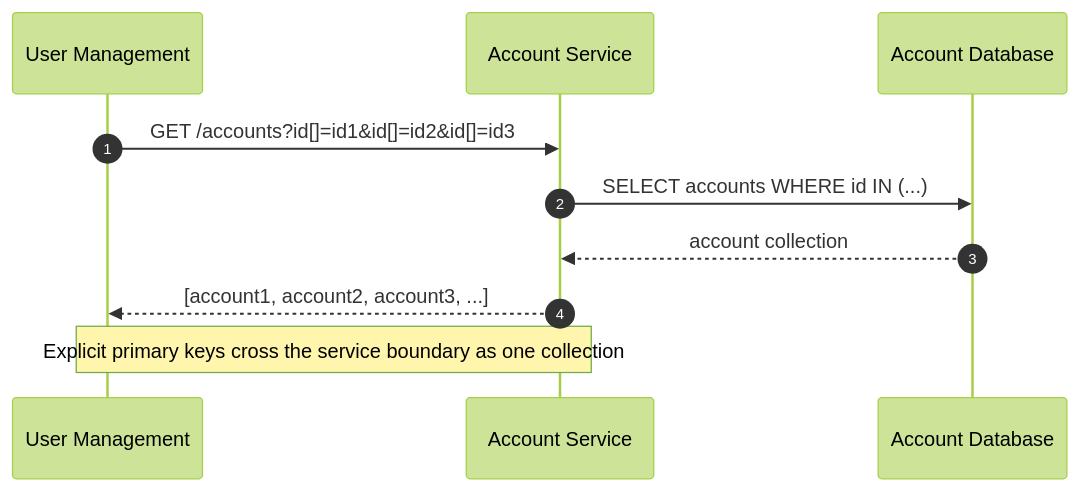
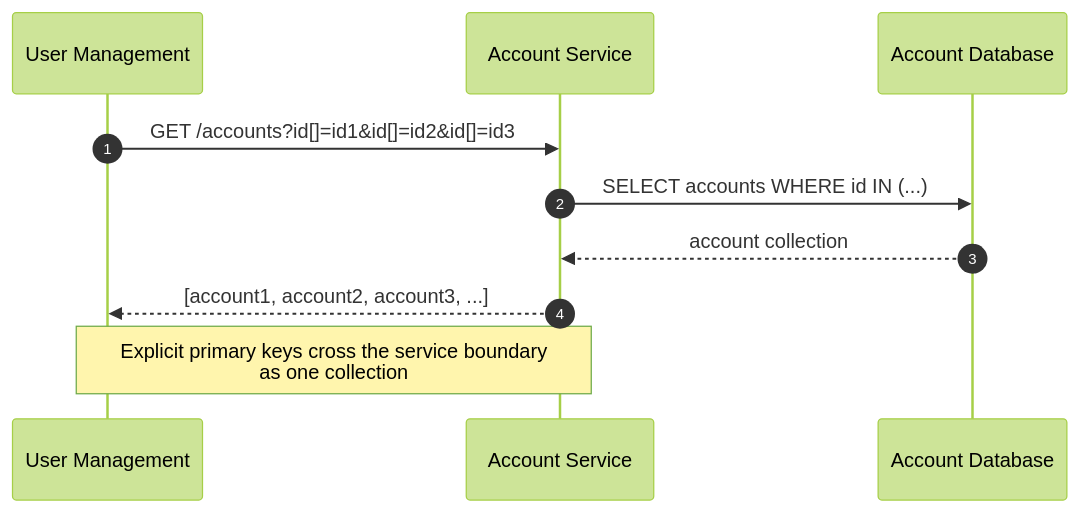
The second of 3 diagrams in docs/articles/series/IAM-System-Demo/graphql-auth-explosion-part-2-multiple-object-retrieval.md (meleneth/whirred-io), drawn with Mermaid (forest theme) before and after one commit. The commit also changed other lines of this file and 6 other files, not shown here.

Commit message:
Reframe IAM case study around cross-service N+1s

````diff
--- a/docs/articles/series/IAM-System-Demo/graphql-auth-explosion-part-2-multiple-object-retrieval.md
+++ b/docs/articles/series/IAM-System-Demo/graphql-auth-explosion-part-2-multiple-object-retrieval.md
@@ -39,14 +40,14 @@
 ```mermaid
 sequenceDiagram
   autonumber
   participant UM as User Management
   participant AS as Account Service
   participant DB as Account Database
 
   UM->>AS: GET /accounts?id[]=id1&id[]=id2&id[]=id3
   AS->>DB: SELECT accounts WHERE id IN (...)
   DB-->>AS: account collection
   AS-->>UM: [account1, account2, account3, ...]
 
-  Note over UM,AS: Explicit primary keys cross the service boundary as one collection
+  Note over UM,AS: Explicit primary keys cross the service boundary<br/>as one collection
 ```
````
